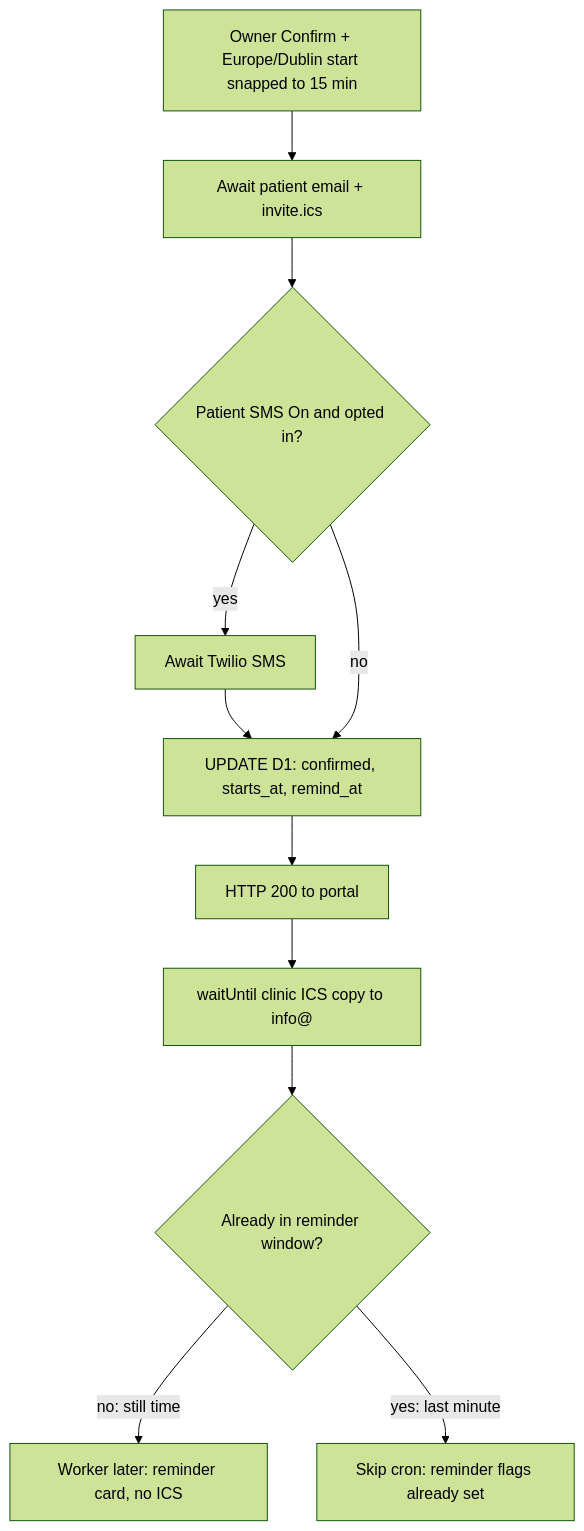
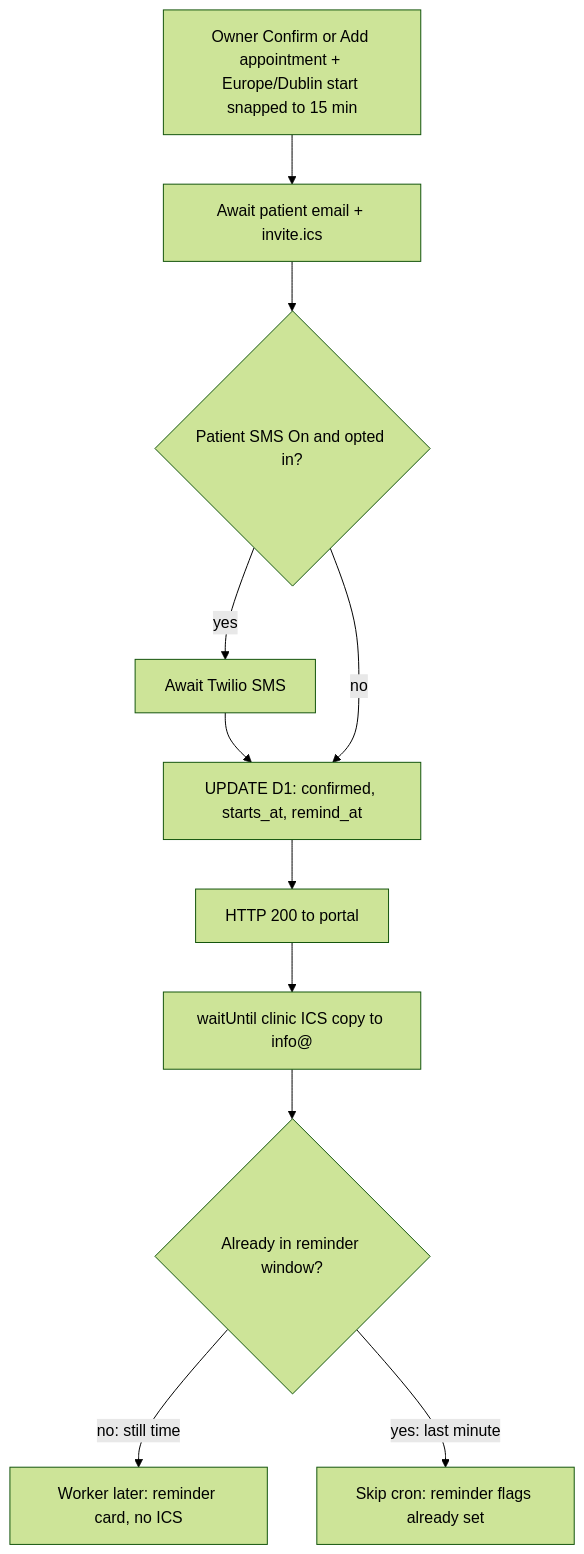
Before and after one commit to hbacalso1229/wellness-needles: the third of 4 diagrams in docs/ARCHITECTURE.md, drawn with Mermaid (forest theme). The commit also changed other lines of this file and 15 other files, not shown here.

````diff
--- a/docs/ARCHITECTURE.md
+++ b/docs/ARCHITECTURE.md
@@ -105,21 +106,21 @@
 ```mermaid
 flowchart TD
-  start[Owner Confirm + Europe/Dublin start snapped to 15 min]
+  start[Owner Confirm or Add appointment + Europe/Dublin start snapped to 15 min]
   mail[Await patient email + invite.ics]
   sms{Patient SMS On and opted in?}
   twilio[Await Twilio SMS]
   d1[UPDATE D1: confirmed, starts_at, remind_at]
   ok[HTTP 200 to portal]
   clinic[waitUntil clinic ICS copy to info@]
   window{Already in reminder window?}
   cron[Worker later: reminder card, no ICS]
   skip[Skip cron: reminder flags already set]
 
   start --> mail --> sms
   sms -->|yes| twilio --> d1
   sms -->|no| d1
   d1 --> ok --> clinic
   clinic --> window
   window -->|no: still time| cron
   window -->|yes: last minute| skip
 ```
````
